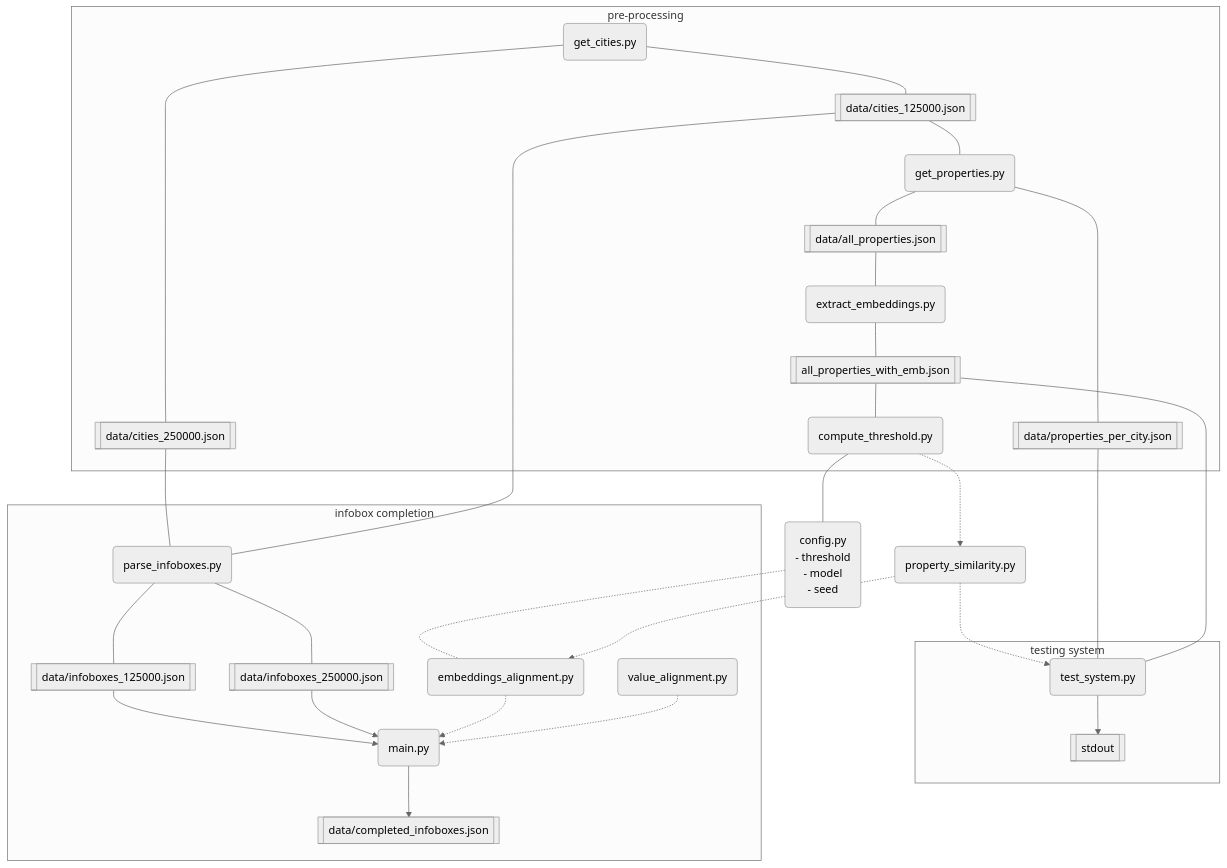
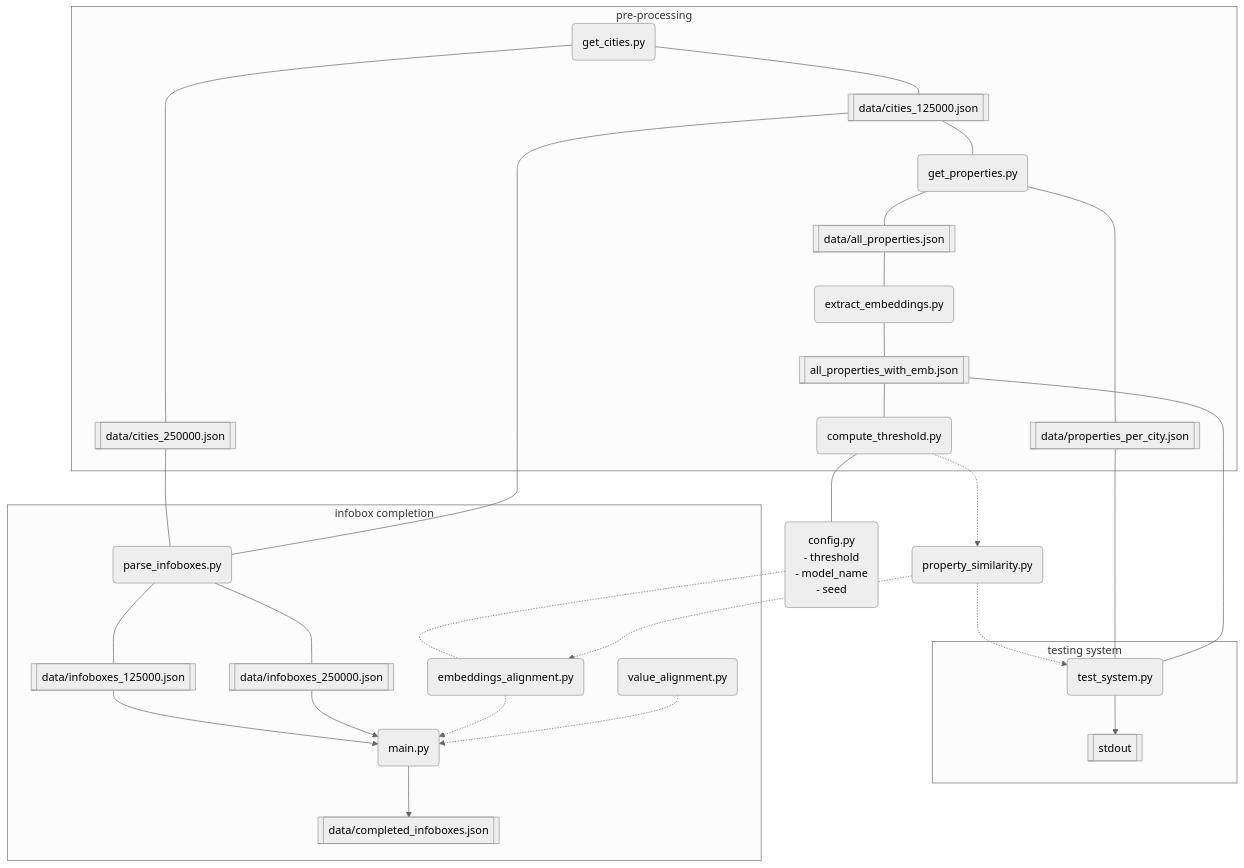
Before and after one commit to bbjoverbeek/Wiki-Infobox-Completion: the diagram in README.md, drawn with Mermaid (neutral theme). The commit also changed other lines of this file, not shown here.

````diff
--- a/README.md
+++ b/README.md
@@ -7,35 +7,35 @@
 ```mermaid
 flowchart TD
 
 
     subgraph pre-processing
         A(get_cities.py) --- R[[data/cities_125000.json]] 
         A --- S[[data/cities_250000.json]]
         R --- D(get_properties.py) --- T[[data/all_properties.json]] 
         D --- U[[data/properties_per_city.json]] 
         T --- E(extract_embeddings.py) --- V[[all_properties_with_emb.json]]
         V --- F(compute_threshold.py) 
 
         
     end
     
-    F --- Config("config.py\n  - threshold\n  - model\n  - seed")
+    F --- Config("config.py\n  - threshold\n  - model_name\n  - seed")
     Config -.- G
 
     F -.-> C(property_similarity.py) -.-> G & Z
 
     subgraph testing system
         U & V --- Z(test_system.py) --> '[[stdout]]
     end
 
     subgraph infobox completion
         S & R --- B(parse_infoboxes.py)
         B --- W[["data/infoboxes_125000.json"]]--> I
         B --- Y[["data/infoboxes_250000.json"]] --> I
         I(main.py)
         G(embeddings_alignment.py) -.-> I
         H(value_alignment.py) -.-> I
         I--> X[[data/completed_infoboxes.json]]
     end
 
 ```
````
